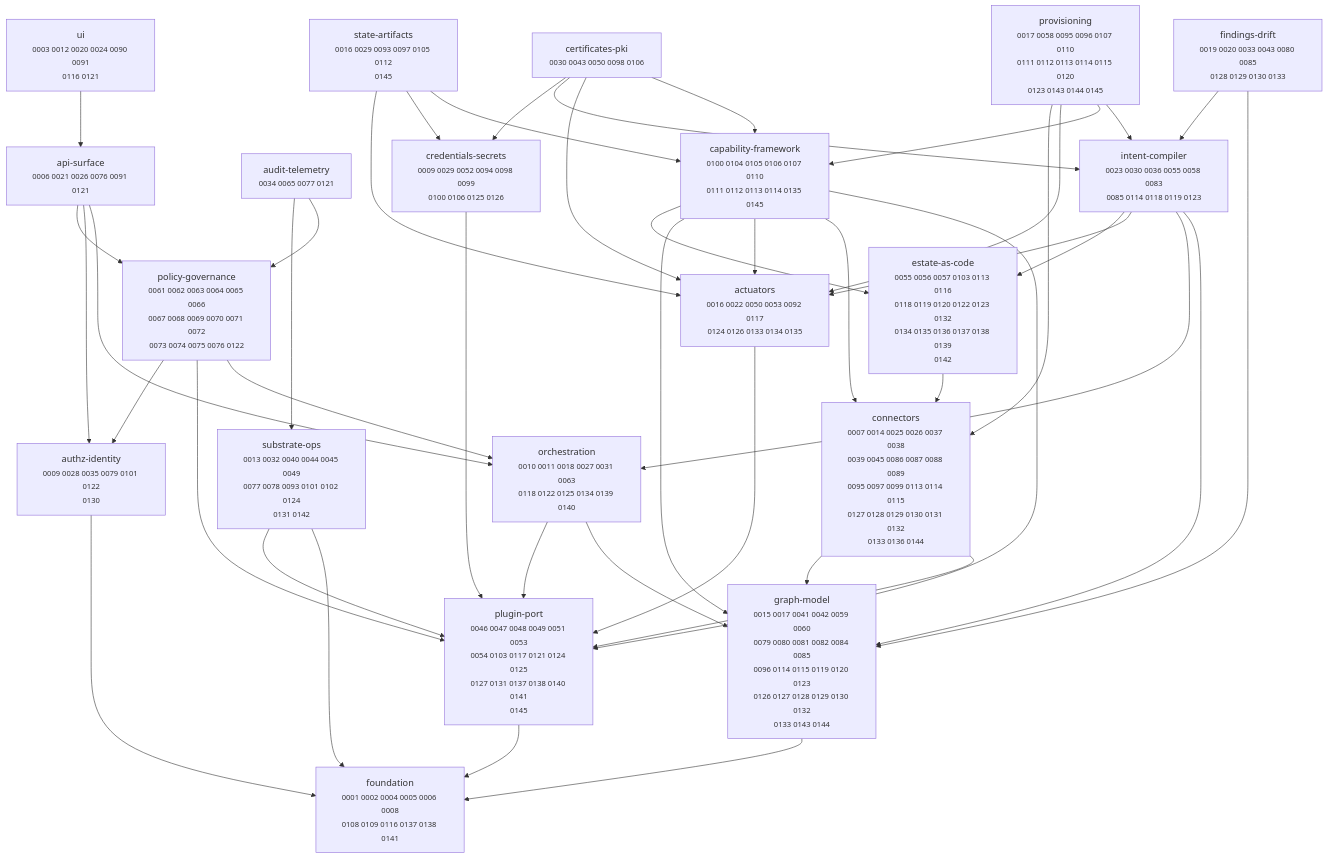
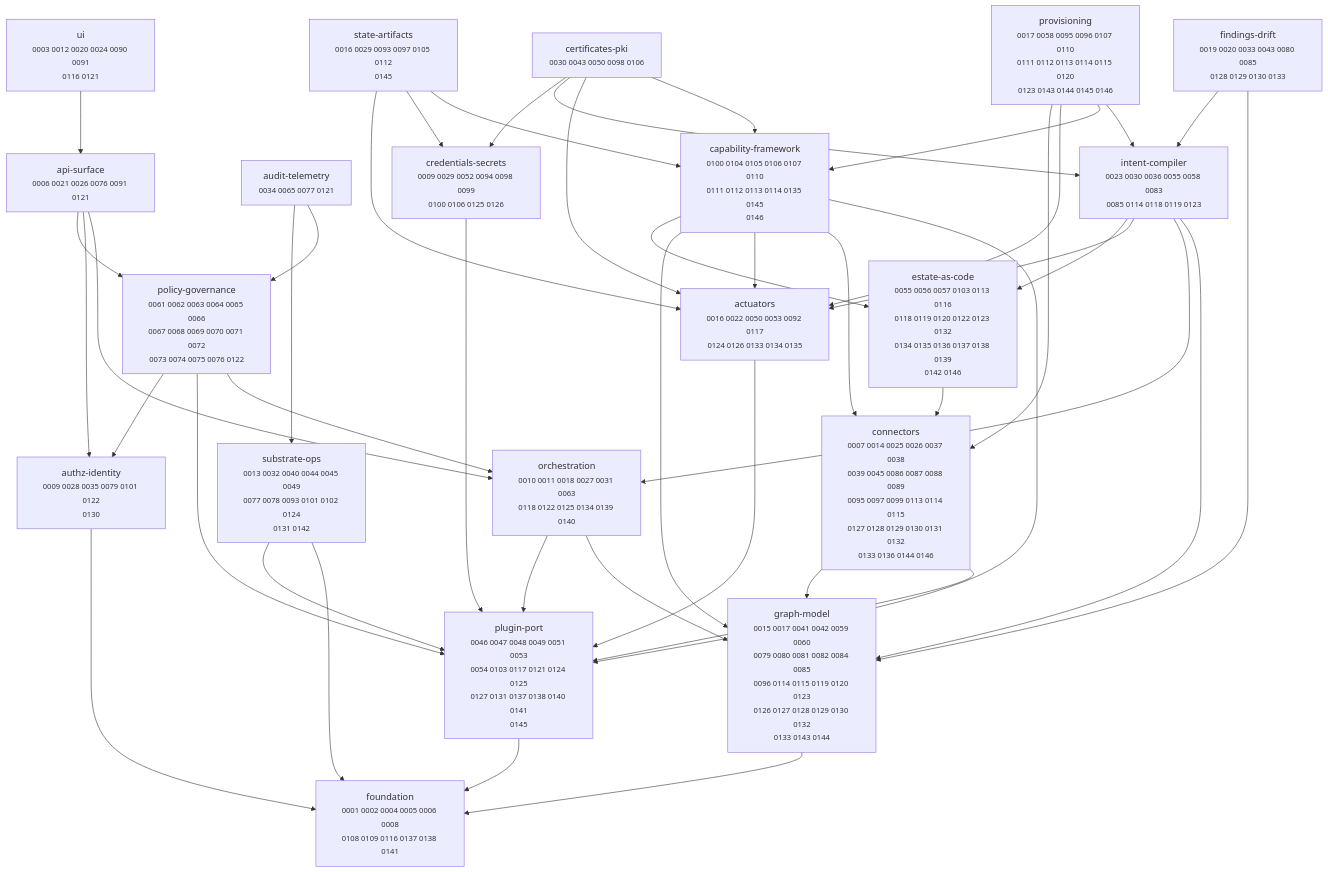
Before and after one commit to dstout-devops/stratt: the diagram in docs/adr/MAP.md, drawn with Mermaid. The commit also changed other lines of this file and 15 other files, not shown here.

````diff
--- a/docs/adr/MAP.md
+++ b/docs/adr/MAP.md
@@ -11,67 +11,67 @@
 ```mermaid
 graph TD
   actuators["actuators<br/><small>0016 0022 0050 0053 0092 0117<br/>0124 0126 0133 0134 0135</small>"]
   api_surface["api-surface<br/><small>0006 0021 0026 0076 0091 0121</small>"]
   audit_telemetry["audit-telemetry<br/><small>0034 0065 0077 0121</small>"]
   authz_identity["authz-identity<br/><small>0009 0028 0035 0079 0101 0122<br/>0130</small>"]
-  capability_framework["capability-framework<br/><small>0100 0104 0105 0106 0107 0110<br/>0111 0112 0113 0114 0135 0145</small>"]
+  capability_framework["capability-framework<br/><small>0100 0104 0105 0106 0107 0110<br/>0111 0112 0113 0114 0135 0145<br/>0146</small>"]
   certificates_pki["certificates-pki<br/><small>0030 0043 0050 0098 0106</small>"]
-  connectors["connectors<br/><small>0007 0014 0025 0026 0037 0038<br/>0039 0045 0086 0087 0088 0089<br/>0095 0097 0099 0113 0114 0115<br/>0127 0128 0129 0130 0131 0132<br/>0133 0136 0144</small>"]
+  connectors["connectors<br/><small>0007 0014 0025 0026 0037 0038<br/>0039 0045 0086 0087 0088 0089<br/>0095 0097 0099 0113 0114 0115<br/>0127 0128 0129 0130 0131 0132<br/>0133 0136 0144 0146</small>"]
   credentials_secrets["credentials-secrets<br/><small>0009 0029 0052 0094 0098 0099<br/>0100 0106 0125 0126</small>"]
-  estate_as_code["estate-as-code<br/><small>0055 0056 0057 0103 0113 0116<br/>0118 0119 0120 0122 0123 0132<br/>0134 0135 0136 0137 0138 0139<br/>0142</small>"]
+  estate_as_code["estate-as-code<br/><small>0055 0056 0057 0103 0113 0116<br/>0118 0119 0120 0122 0123 0132<br/>0134 0135 0136 0137 0138 0139<br/>0142 0146</small>"]
   findings_drift["findings-drift<br/><small>0019 0020 0033 0043 0080 0085<br/>0128 0129 0130 0133</small>"]
   foundation["foundation<br/><small>0001 0002 0004 0005 0006 0008<br/>0108 0109 0116 0137 0138 0141</small>"]
   graph_model["graph-model<br/><small>0015 0017 0041 0042 0059 0060<br/>0079 0080 0081 0082 0084 0085<br/>0096 0114 0115 0119 0120 0123<br/>0126 0127 0128 0129 0130 0132<br/>0133 0143 0144</small>"]
   intent_compiler["intent-compiler<br/><small>0023 0030 0036 0055 0058 0083<br/>0085 0114 0118 0119 0123</small>"]
   orchestration["orchestration<br/><small>0010 0011 0018 0027 0031 0063<br/>0118 0122 0125 0134 0139 0140</small>"]
   plugin_port["plugin-port<br/><small>0046 0047 0048 0049 0051 0053<br/>0054 0103 0117 0121 0124 0125<br/>0127 0131 0137 0138 0140 0141<br/>0145</small>"]
   policy_governance["policy-governance<br/><small>0061 0062 0063 0064 0065 0066<br/>0067 0068 0069 0070 0071 0072<br/>0073 0074 0075 0076 0122</small>"]
-  provisioning["provisioning<br/><small>0017 0058 0095 0096 0107 0110<br/>0111 0112 0113 0114 0115 0120<br/>0123 0143 0144 0145</small>"]
+  provisioning["provisioning<br/><small>0017 0058 0095 0096 0107 0110<br/>0111 0112 0113 0114 0115 0120<br/>0123 0143 0144 0145 0146</small>"]
   state_artifacts["state-artifacts<br/><small>0016 0029 0093 0097 0105 0112<br/>0145</small>"]
   substrate_ops["substrate-ops<br/><small>0013 0032 0040 0044 0045 0049<br/>0077 0078 0093 0101 0102 0124<br/>0131 0142</small>"]
   ui["ui<br/><small>0003 0012 0020 0024 0090 0091<br/>0116 0121</small>"]
 
   actuators --> plugin_port
   api_surface --> orchestration
   api_surface --> authz_identity
   api_surface --> policy_governance
   audit_telemetry --> policy_governance
   audit_telemetry --> substrate_ops
   authz_identity --> foundation
   capability_framework --> plugin_port
   capability_framework --> connectors
   capability_framework --> actuators
   capability_framework --> graph_model
   capability_framework --> estate_as_code
   certificates_pki --> capability_framework
   certificates_pki --> actuators
   certificates_pki --> intent_compiler
   certificates_pki --> credentials_secrets
   connectors --> plugin_port
   connectors --> graph_model
   credentials_secrets --> plugin_port
   estate_as_code --> connectors
   findings_drift --> graph_model
   findings_drift --> intent_compiler
   graph_model --> foundation
   intent_compiler --> graph_model
   intent_compiler --> orchestration
   intent_compiler --> actuators
   intent_compiler --> estate_as_code
   orchestration --> graph_model
   orchestration --> plugin_port
   plugin_port --> foundation
   policy_governance --> orchestration
   policy_governance --> plugin_port
   policy_governance --> authz_identity
   provisioning --> intent_compiler
   provisioning --> capability_framework
   provisioning --> actuators
   provisioning --> connectors
   state_artifacts --> capability_framework
   state_artifacts --> credentials_secrets
   state_artifacts --> actuators
   substrate_ops --> foundation
   substrate_ops --> plugin_port
   ui --> api_surface
 ```
````
